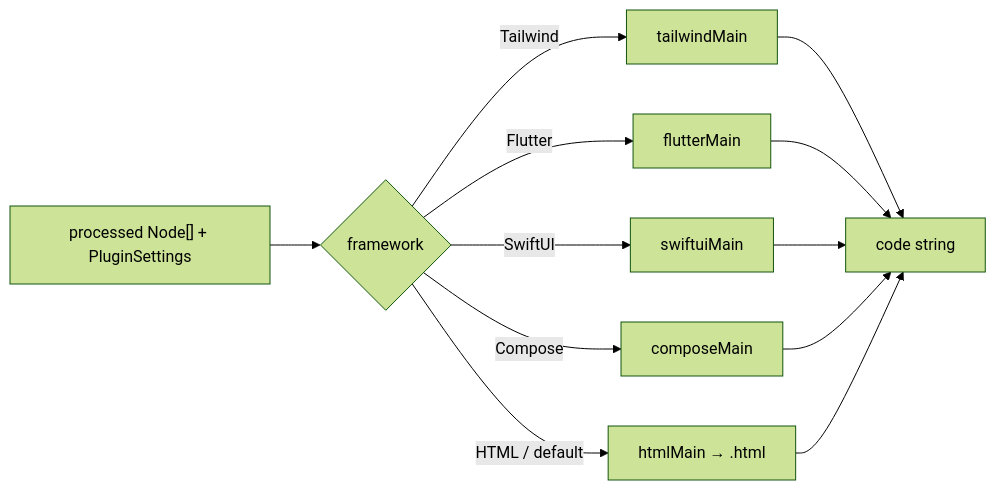
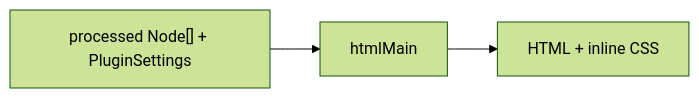
Before and after one commit to CodeByStella/FIGMA2CODE: the fifth of 9 diagrams in docs/logic.md, drawn with Mermaid (forest theme). The commit also changed other lines of this file and 81 other files, not shown here.

````diff
--- a/docs/logic.md
+++ b/docs/logic.md
@@ -154,14 +154,5 @@
 ```mermaid
 flowchart LR
-  In["processed Node[] + PluginSettings"] --> Switch{"framework"}
-  Switch -->|Tailwind| TW["tailwindMain"]
-  Switch -->|Flutter| FL["flutterMain"]
-  Switch -->|SwiftUI| SW["swiftuiMain"]
-  Switch -->|Compose| CO["composeMain"]
-  Switch -->|HTML / default| HT["htmlMain → .html"]
-  TW --> Code["code string"]
-  FL --> Code
-  SW --> Code
-  CO --> Code
-  HT --> Code
+  In["processed Node[] + PluginSettings"] --> HT["htmlMain"]
+  HT --> Code["HTML + inline CSS"]
 ```
````
